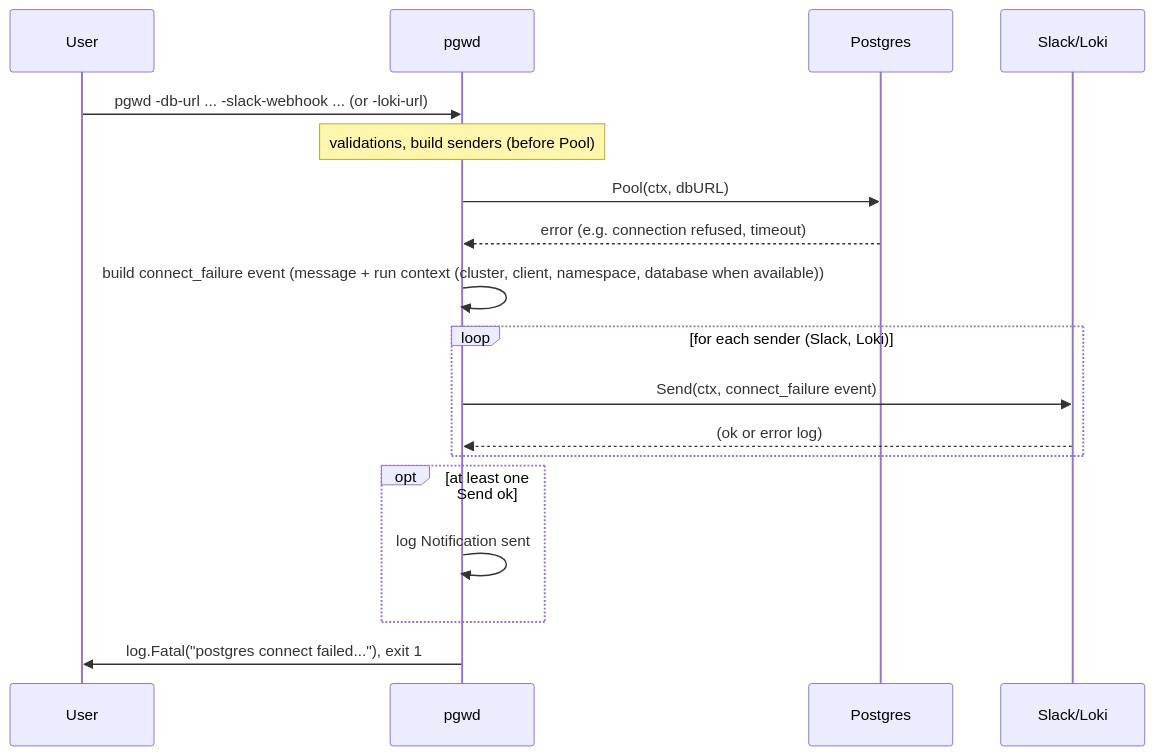
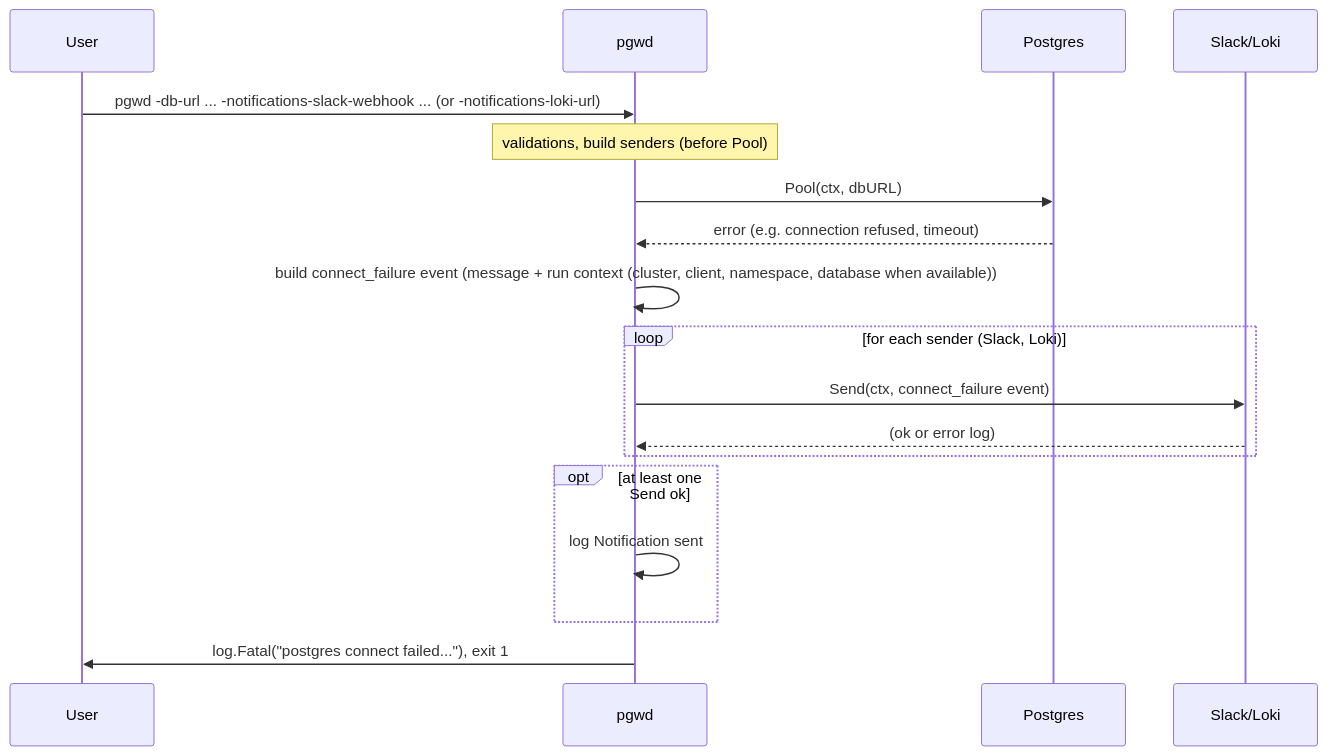
The diagram in docs/sequence/07-connect-failure-notification.md (hrodrig/pgwd), drawn with Mermaid before and after one commit. The commit also changed 28 other files, not shown here.

````diff
--- a/docs/sequence/07-connect-failure-notification.md
+++ b/docs/sequence/07-connect-failure-notification.md
@@ -5,21 +5,21 @@
 ```mermaid
 sequenceDiagram
     participant User
     participant pgwd
     participant Postgres
     participant Slack as Slack/Loki
 
-    User->>pgwd: pgwd -db-url ... -slack-webhook ... (or -loki-url)
+    User->>pgwd: pgwd -db-url ... -notifications-slack-webhook ... (or -notifications-loki-url)
     Note over pgwd: validations, build senders (before Pool)
     pgwd->>Postgres: Pool(ctx, dbURL)
     Postgres-->>pgwd: error (e.g. connection refused, timeout)
     pgwd->>pgwd: build connect_failure event (message + run context (cluster, client, namespace, database when available))
     loop for each sender (Slack, Loki)
         pgwd->>Slack: Send(ctx, connect_failure event)
         Slack-->>pgwd: (ok or error log)
     end
     opt at least one Send ok
         pgwd->>pgwd: log Notification sent
     end
     pgwd->>User: log.Fatal("postgres connect failed..."), exit 1
 ```
````
